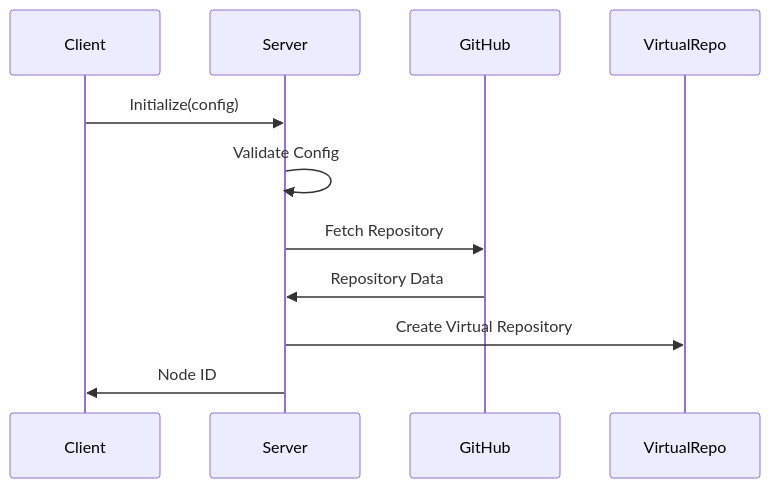
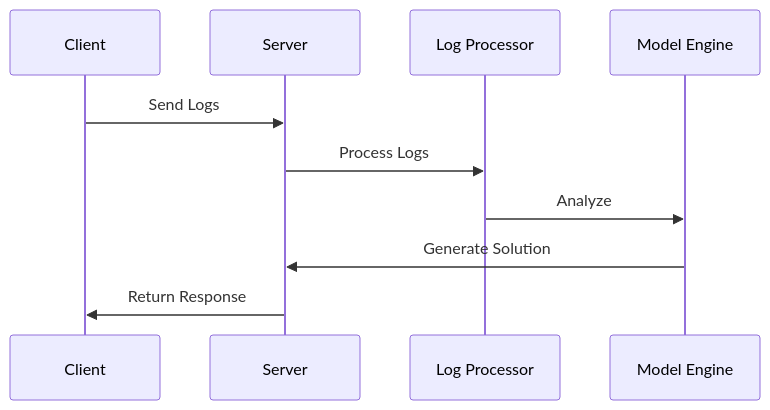
Before and after one commit to HoyeonS/hephaestus: the second of 3 diagrams in docs/HLD.md, drawn with Mermaid. The commit also changed other lines of this file and 6 other files, not shown here.

````diff
--- a/docs/HLD.md
+++ b/docs/HLD.md
@@ -66,14 +55,12 @@
 ```mermaid
 sequenceDiagram
     participant C as Client
     participant S as Server
-    participant G as GitHub
-    participant V as VirtualRepo
-
-    C->>S: Initialize(config)
-    S->>S: Validate Config
-    S->>G: Fetch Repository
-    G->>S: Repository Data
-    S->>V: Create Virtual Repository
-    S->>C: Node ID
+    participant L as Log Processor
+    participant M as Model Engine
+    C->>S: Send Logs
+    S->>L: Process Logs
+    L->>M: Analyze
+    M->>S: Generate Solution
+    S->>C: Return Response
 ```
````
